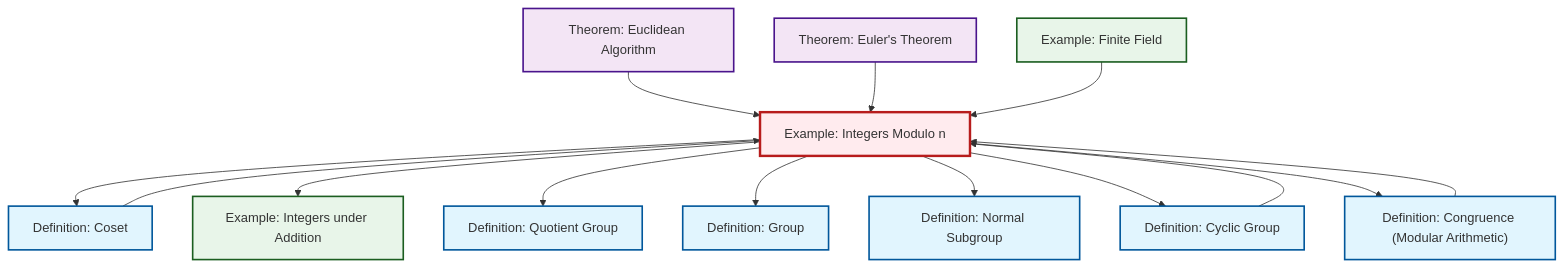
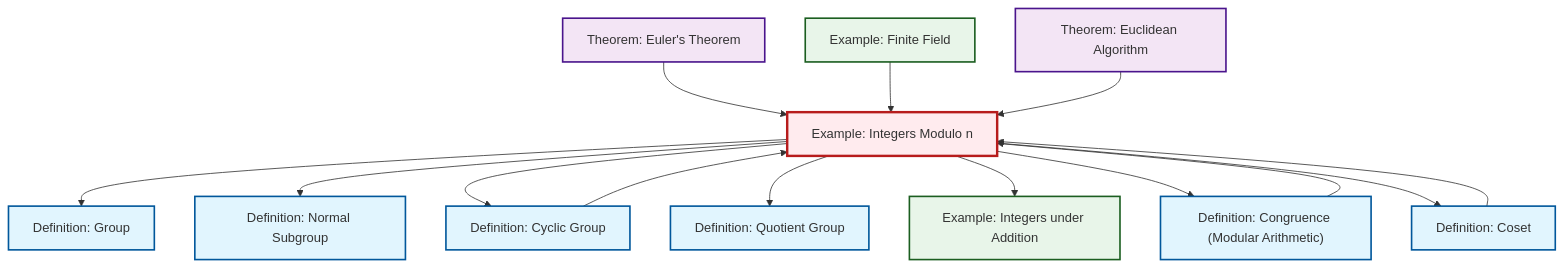
The diagram in content/ja/algebra/ex-quotient-integers-mod-n.qmd (RK0429/ModernMath), drawn with Mermaid before and after one commit. The commit also changed other lines of this file and 434 other files, not shown here.

````diff
--- a/content/ja/algebra/ex-quotient-integers-mod-n.qmd
+++ b/content/ja/algebra/ex-quotient-integers-mod-n.qmd
@@ -120,44 +120,44 @@
 ```{mermaid}
 %%| fig-cap: "Local dependency graph"
 graph TD
     classDef definition fill:#e1f5fe,stroke:#01579b,stroke-width:2px
     classDef theorem fill:#f3e5f5,stroke:#4a148c,stroke-width:2px
     classDef axiom fill:#fff3e0,stroke:#e65100,stroke-width:2px
     classDef example fill:#e8f5e9,stroke:#1b5e20,stroke-width:2px
     classDef current fill:#ffebee,stroke:#b71c1c,stroke-width:3px
+    ex-quotient-integers-mod-n["Example: Integers Modulo n"]:::example
     ex-finite-field["Example: Finite Field"]:::example
+    def-coset["Definition: Coset"]:::definition
+    def-group["Definition: Group"]:::definition
+    thm-euclidean-algorithm["Theorem: Euclidean Algorithm"]:::theorem
+    def-normal-subgroup["Definition: Normal Subgroup"]:::definition
+    def-quotient-group["Definition: Quotient Group"]:::definition
+    thm-euler["Theorem: Euler's Theorem"]:::theorem
+    ex-integers-addition["Example: Integers under Addition"]:::example
     def-cyclic-group["Definition: Cyclic Group"]:::definition
-    thm-euler["Theorem: Euler's Theorem"]:::theorem
-    def-coset["Definition: Coset"]:::definition
-    def-normal-subgroup["Definition: Normal Subgroup"]:::definition
-    ex-quotient-integers-mod-n["Example: Integers Modulo n"]:::example
-    ex-integers-addition["Example: Integers under Addition"]:::example
-    def-quotient-group["Definition: Quotient Group"]:::definition
-    thm-euclidean-algorithm["Theorem: Euclidean Algorithm"]:::theorem
-    def-group["Definition: Group"]:::definition
     def-congruence["Definition: Congruence (Modular Arithmetic)"]:::definition
-    ex-quotient-integers-mod-n --> def-coset
-    thm-euclidean-algorithm --> ex-quotient-integers-mod-n
-    def-coset --> ex-quotient-integers-mod-n
-    thm-euler --> ex-quotient-integers-mod-n
-    def-congruence --> ex-quotient-integers-mod-n
-    def-cyclic-group --> ex-quotient-integers-mod-n
-    ex-finite-field --> ex-quotient-integers-mod-n
-    ex-quotient-integers-mod-n --> ex-integers-addition
-    ex-quotient-integers-mod-n --> def-quotient-group
     ex-quotient-integers-mod-n --> def-group
     ex-quotient-integers-mod-n --> def-normal-subgroup
     ex-quotient-integers-mod-n --> def-cyclic-group
+    thm-euler --> ex-quotient-integers-mod-n
+    def-coset --> ex-quotient-integers-mod-n
+    ex-finite-field --> ex-quotient-integers-mod-n
+    thm-euclidean-algorithm --> ex-quotient-integers-mod-n
+    def-cyclic-group --> ex-quotient-integers-mod-n
+    ex-quotient-integers-mod-n --> def-quotient-group
+    def-congruence --> ex-quotient-integers-mod-n
+    ex-quotient-integers-mod-n --> ex-integers-addition
     ex-quotient-integers-mod-n --> def-congruence
+    ex-quotient-integers-mod-n --> def-coset
     class ex-quotient-integers-mod-n current
     click ex-finite-field "ex-finite-field.html" "Example: Finite Fieldへ"
+    click def-coset "def-coset.html" "Definition: Cosetへ"
+    click def-group "def-group.html" "Definition: Groupへ"
+    click thm-euclidean-algorithm "thm-euclidean-algorithm.html" "Theorem: Euclidean Algorithmへ"
+    click def-normal-subgroup "def-normal-subgroup.html" "Definition: Normal Subgroupへ"
+    click def-quotient-group "def-quotient-group.html" "Definition: Quotient Groupへ"
+    click thm-euler "thm-euler.html" "Theorem: Euler's Theoremへ"
+    click ex-integers-addition "ex-integers-addition.html" "Example: Integers under Additionへ"
     click def-cyclic-group "def-cyclic-group.html" "Definition: Cyclic Groupへ"
-    click thm-euler "thm-euler.html" "Theorem: Euler's Theoremへ"
-    click def-coset "def-coset.html" "Definition: Cosetへ"
-    click def-normal-subgroup "def-normal-subgroup.html" "Definition: Normal Subgroupへ"
-    click ex-integers-addition "ex-integers-addition.html" "Example: Integers under Additionへ"
-    click def-quotient-group "def-quotient-group.html" "Definition: Quotient Groupへ"
-    click thm-euclidean-algorithm "thm-euclidean-algorithm.html" "Theorem: Euclidean Algorithmへ"
-    click def-group "def-group.html" "Definition: Groupへ"
     click def-congruence "def-congruence.html" "Definition: Congruence (Modular Arithmetic)へ"
 ```
````
